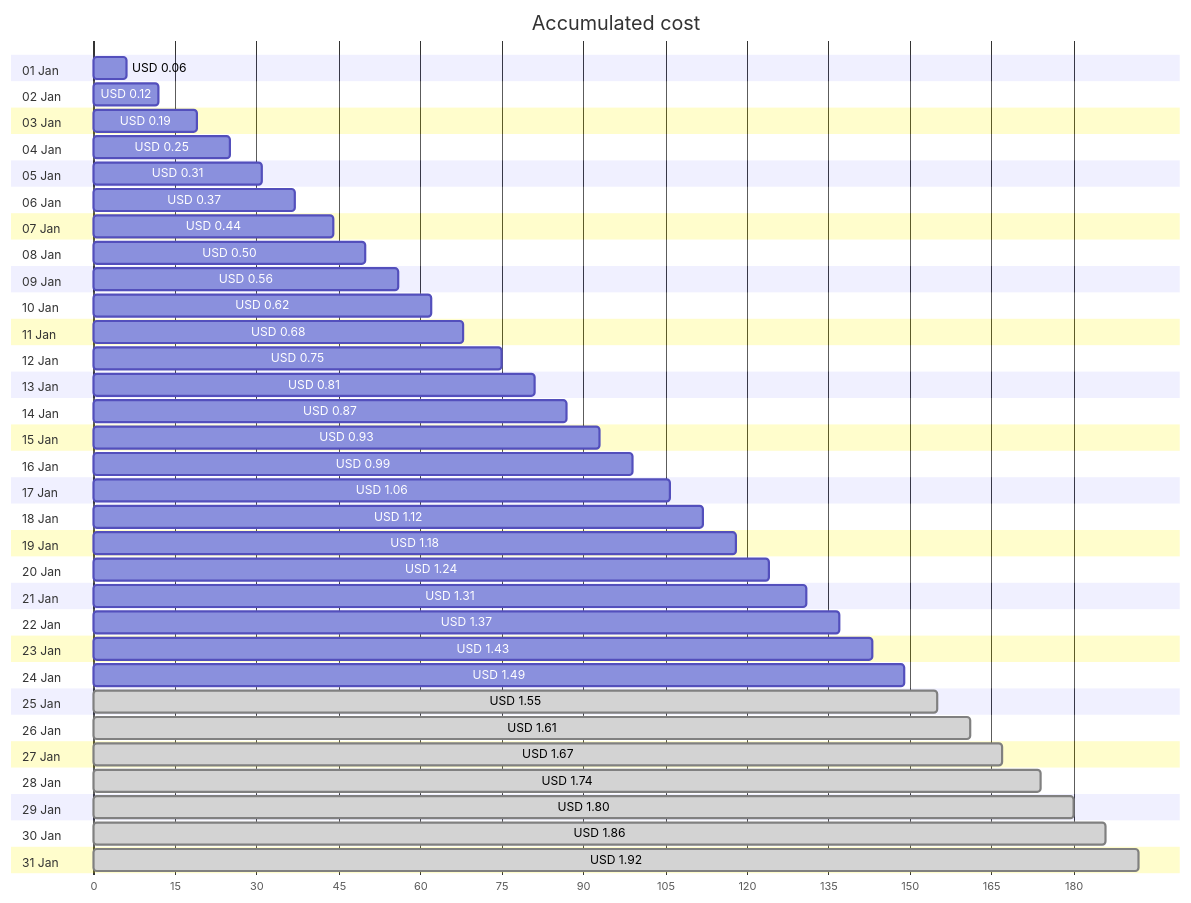
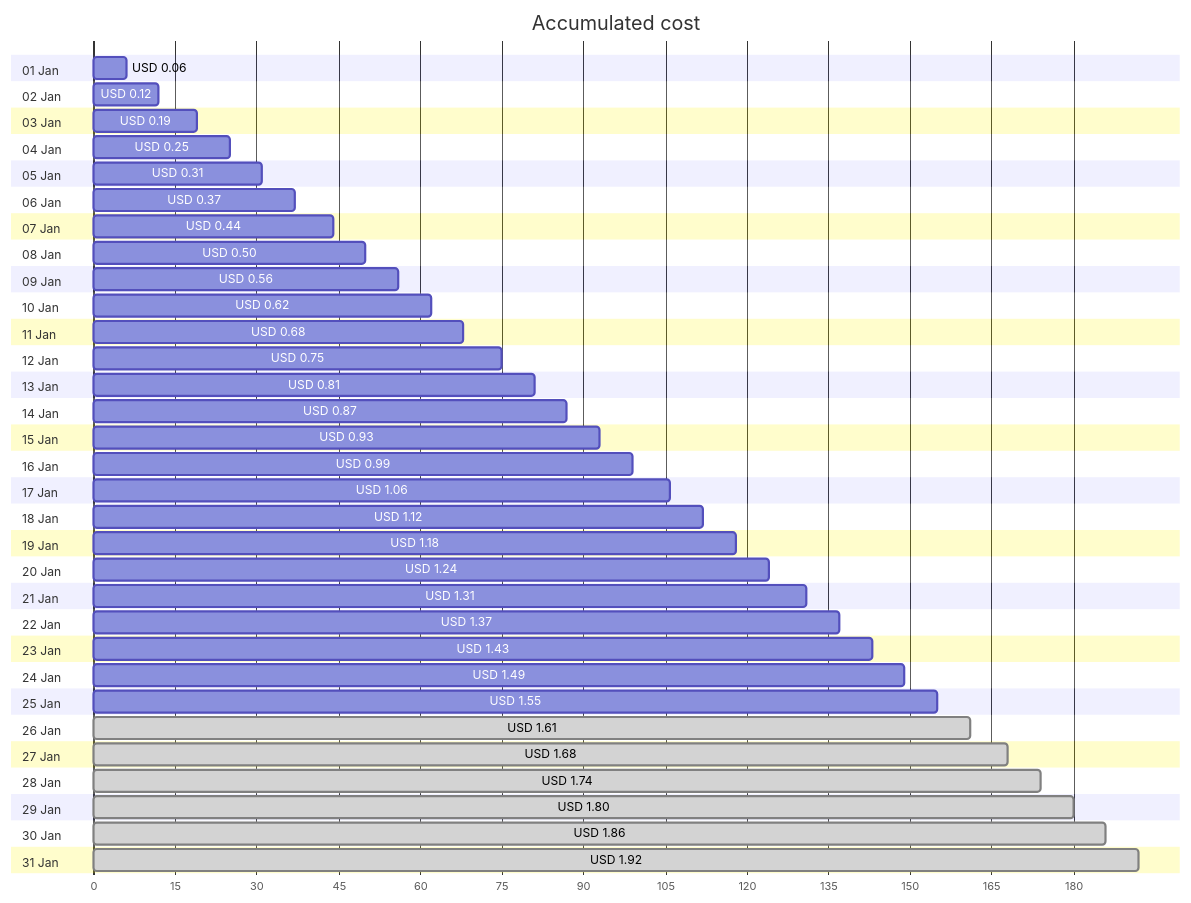
The first of 4 diagrams in cost-reports/personal-network/vpn-server_OsDisk.md (jpfulton/azure-personal-reports), drawn with Mermaid before and after one commit. The commit also changed other lines of this file and 8 other files, not shown here.

````diff
--- a/cost-reports/personal-network/vpn-server_OsDisk.md
+++ b/cost-reports/personal-network/vpn-server_OsDisk.md
@@ -20,68 +20,68 @@
 ```mermaid
 gantt
    title Accumulated cost
    dateFormat  X
    axisFormat %s
    section 01 Jan
    USD 0.06 :0, 6
    section 02 Jan
    USD 0.12 :0, 12
    section 03 Jan
    USD 0.19 :0, 19
    section 04 Jan
    USD 0.25 :0, 25
    section 05 Jan
    USD 0.31 :0, 31
    section 06 Jan
    USD 0.37 :0, 37
    section 07 Jan
    USD 0.44 :0, 44
    section 08 Jan
    USD 0.50 :0, 50
    section 09 Jan
    USD 0.56 :0, 56
    section 10 Jan
    USD 0.62 :0, 62
    section 11 Jan
    USD 0.68 :0, 68
    section 12 Jan
    USD 0.75 :0, 75
    section 13 Jan
    USD 0.81 :0, 81
    section 14 Jan
    USD 0.87 :0, 87
    section 15 Jan
    USD 0.93 :0, 93
    section 16 Jan
    USD 0.99 :0, 99
    section 17 Jan
    USD 1.06 :0, 106
    section 18 Jan
    USD 1.12 :0, 112
    section 19 Jan
    USD 1.18 :0, 118
    section 20 Jan
    USD 1.24 :0, 124
    section 21 Jan
    USD 1.31 :0, 131
    section 22 Jan
    USD 1.37 :0, 137
    section 23 Jan
    USD 1.43 :0, 143
    section 24 Jan
    USD 1.49 :0, 149
    section 25 Jan
-   USD 1.55 : done, 0, 155
+   USD 1.55 :0, 155
    section 26 Jan
    USD 1.61 : done, 0, 161
    section 27 Jan
-   USD 1.67 : done, 0, 167
+   USD 1.68 : done, 0, 168
    section 28 Jan
    USD 1.74 : done, 0, 174
    section 29 Jan
    USD 1.80 : done, 0, 180
    section 30 Jan
    USD 1.86 : done, 0, 186
    section 31 Jan
    USD 1.92 : done, 0, 192
 ```
````
